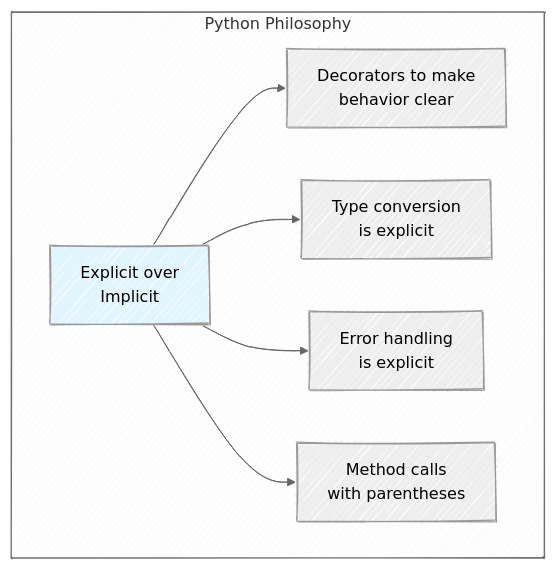
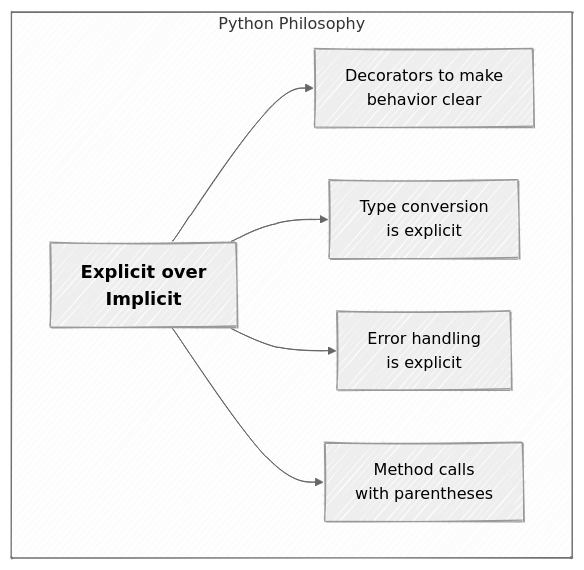
The sixth of 7 diagrams in py-app-api.qmd (mjfrigaard/do4ds-labs), drawn with Mermaid before and after one commit. The commit also changed other lines of this file and 10 other files, not shown here.

````diff
--- a/py-app-api.qmd
+++ b/py-app-api.qmd
@@ -854,14 +856,14 @@
 ```{mermaid}
 %%{init: {'theme': 'neutral', 'look': 'handDrawn', 'themeVariables': { 'fontFamily': 'monospace'}}}%%
 
 graph TB
     subgraph Py["Python Philosophy"]
-        A["Explicit over<br>Implicit"] --> A1["Decorators to make<br>behavior clear"]
+        A["<strong>Explicit over<br>Implicit</strong>"] --> A1["Decorators to make<br>behavior clear"]
         A --> A2["Type conversion<br>is explicit"]
         A --> A3["Error handling<br>is explicit"]
         A --> A4["Method calls<br>with parentheses"]
     end
     
-    style A fill:#e1f5fe
+    style A color:#000,font-size:18px
     
 ```
````
